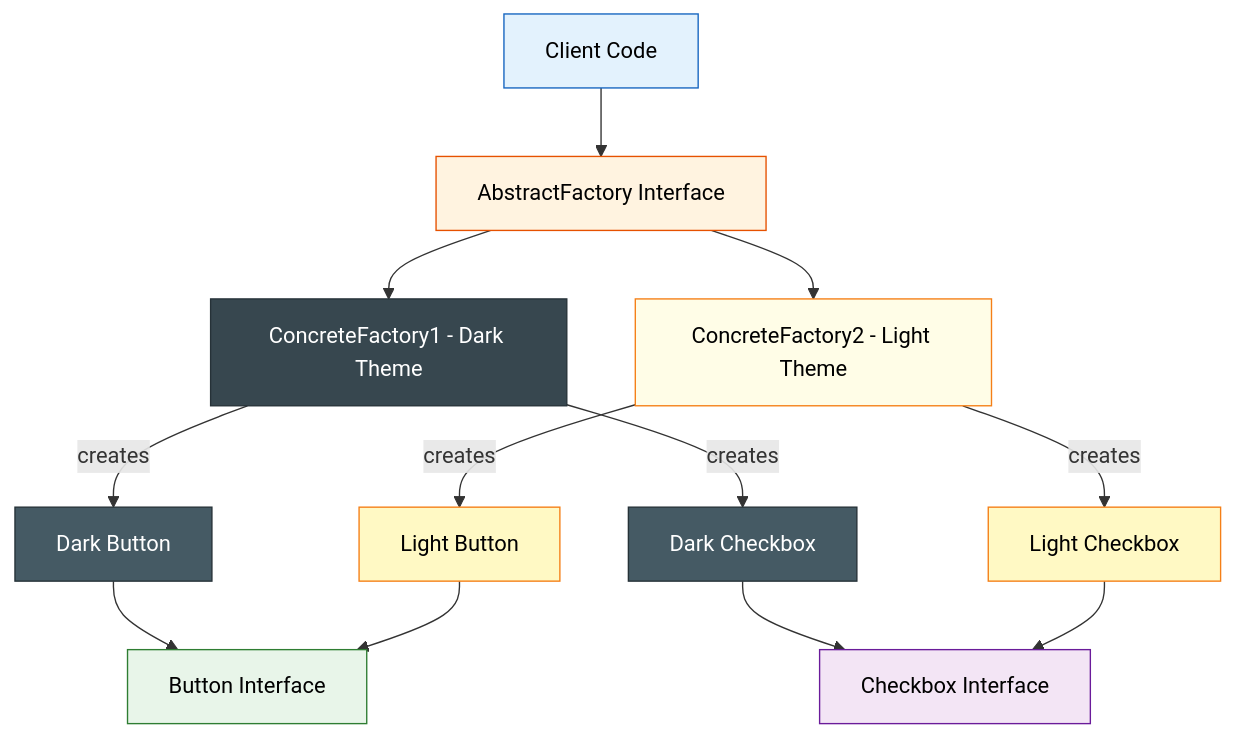
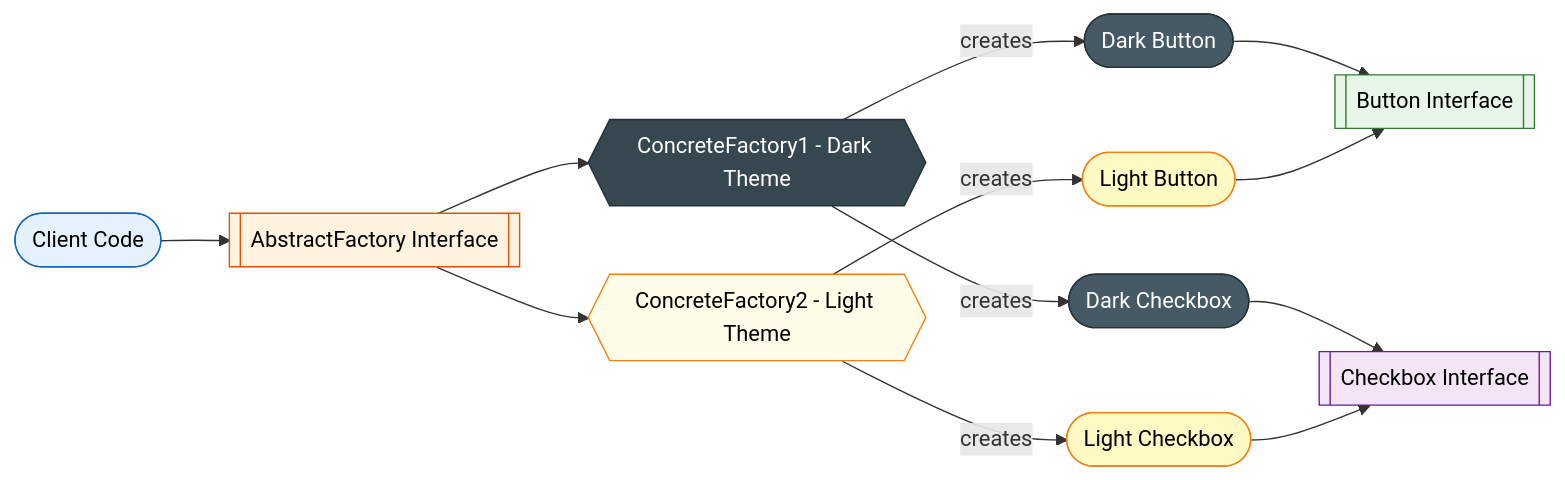
Before and after one commit to saivamsikaruturi/vamsilabs-dev-notes-main: the second of 3 diagrams in docs/designpatterns/creationalDesignPatterns/AbstractFactoryDesignPattern.md, drawn with Mermaid. The commit also changed other lines of this file and 146 other files, not shown here.

Commit message:
Horizontal diagrams, UML class diagrams, typography overhaul, and permalink cleanup

````diff
--- a/docs/designpatterns/creationalDesignPatterns/AbstractFactoryDesignPattern.md
+++ b/docs/designpatterns/creationalDesignPatterns/AbstractFactoryDesignPattern.md
@@ -39,27 +39,27 @@
 ```mermaid
-flowchart TD
-    Client[Client Code] --> AF[AbstractFactory Interface]
-    AF --> CF1[ConcreteFactory1 - Dark Theme]
-    AF --> CF2[ConcreteFactory2 - Light Theme]
+flowchart LR
+    Client(["Client Code"]) --> AF[["AbstractFactory Interface"]]
+    AF --> CF1{{"ConcreteFactory1 - Dark Theme"}}
+    AF --> CF2{{"ConcreteFactory2 - Light Theme"}}
     
-    CF1 -->|creates| PA1[Dark Button]
-    CF1 -->|creates| PB1[Dark Checkbox]
-    CF2 -->|creates| PA2[Light Button]
-    CF2 -->|creates| PB2[Light Checkbox]
+    CF1 -->|creates| PA1(["Dark Button"])
+    CF1 -->|creates| PB1(["Dark Checkbox"])
+    CF2 -->|creates| PA2(["Light Button"])
+    CF2 -->|creates| PB2(["Light Checkbox"])
     
-    PA1 --> IPA[Button Interface]
+    PA1 --> IPA[["Button Interface"]]
     PA2 --> IPA
-    PB1 --> IPB[Checkbox Interface]
+    PB1 --> IPB[["Checkbox Interface"]]
     PB2 --> IPB
 
     style Client fill:#E3F2FD,stroke:#1565C0,color:#000
     style AF fill:#FFF3E0,stroke:#E65100,color:#000
     style CF1 fill:#37474F,stroke:#263238,color:#FFF
     style CF2 fill:#FFFDE7,stroke:#F57F17,color:#000
     style PA1 fill:#455A64,stroke:#263238,color:#FFF
     style PB1 fill:#455A64,stroke:#263238,color:#FFF
     style PA2 fill:#FFF9C4,stroke:#F57F17,color:#000
     style PB2 fill:#FFF9C4,stroke:#F57F17,color:#000
     style IPA fill:#E8F5E9,stroke:#2E7D32,color:#000
     style IPB fill:#F3E5F5,stroke:#6A1B9A,color:#000
 ```
````
